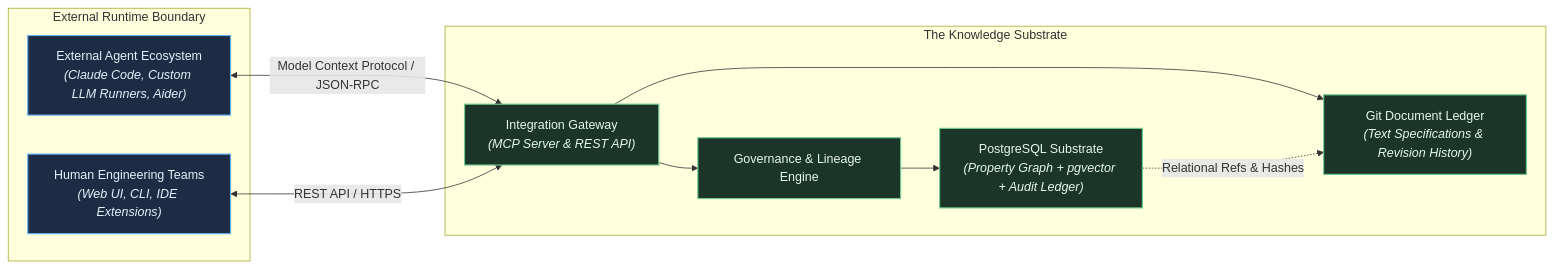
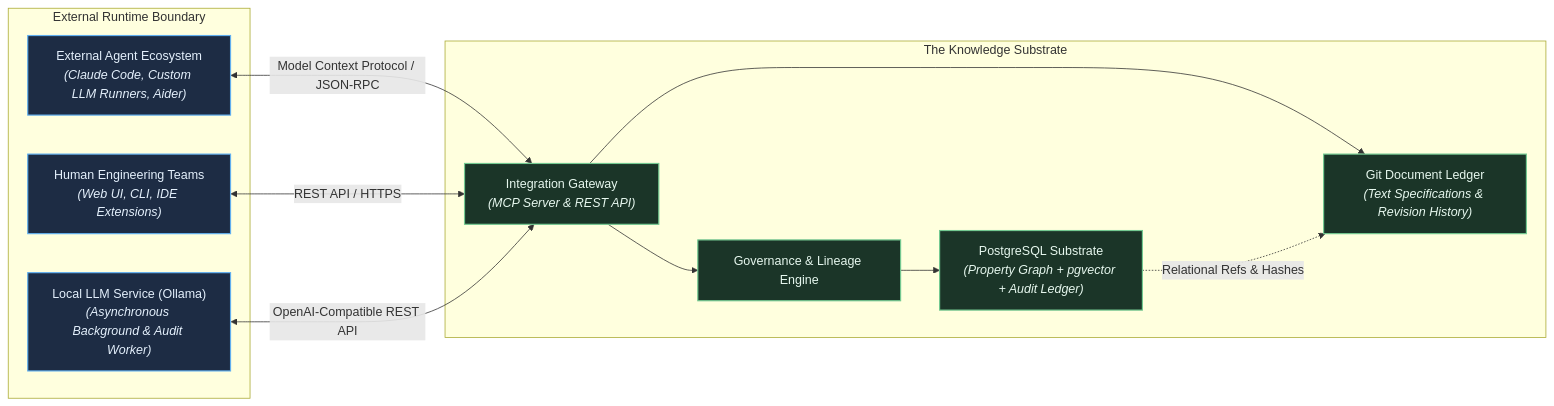
The second of 4 diagrams in docs/vision/vision.md (Shapedsundew9/tks), drawn with Mermaid before and after one commit. The commit also changed other lines of this file and 11 other files, not shown here.

````diff
--- a/docs/vision/vision.md
+++ b/docs/vision/vision.md
@@ -148,52 +179,54 @@
 ```mermaid
 %%{init: {
   'theme': 'base',
   'themeVariables': {
     'darkMode': true,
     'background': '#161922',
     'mainBkg': '#1e2230',
     'nodeBorder': '#434c5e',
     'textColor': '#e2e8f0',
     'fontFamily': 'ui-sans-serif, system-ui, -apple-system, BlinkMacSystemFont, "Segoe UI", Roboto, "Helvetica Neue", Arial, sans-serif',
     'fontSize': '14px',
     'lineColor': '#8892b0',
     'primaryColor': '#422026',
     'primaryTextColor': '#fde8ec',
     'primaryBorderColor': '#e06c75',
     'secondaryColor': '#1b3528',
     'secondaryTextColor': '#e6f7ee',
     'secondaryBorderColor': '#73c991',
     'tertiaryColor': '#1d2c44',
     'tertiaryTextColor': '#e4f0fc',
     'tertiaryBorderColor': '#61afef',
     'clusterBkg': '#13161f',
     'clusterBorder': '#373e51',
     'noteBkgColor': '#2e271a',
     'noteTextColor': '#fdf4db',
     'noteBorderColor': '#e5c07b',
     'edgeLabelBackground': '#1a1d27'
   }
 }}%%
 flowchart LR
     classDef secondary fill:#1b3528,stroke:#73c991,stroke-width:1.5px,color:#e6f7ee;
     classDef tertiary fill:#1d2c44,stroke:#61afef,stroke-width:1.5px,color:#e4f0fc;
 
     subgraph External["External Runtime Boundary"]
         Agents["External Agent Ecosystem<br/><i>(Claude Code, Custom LLM Runners, Aider)</i>"]:::tertiary
         Users["Human Engineering Teams<br/><i>(Web UI, CLI, IDE Extensions)</i>"]:::tertiary
+        LocalLLM["Local LLM Service (Ollama)<br/><i>(Asynchronous Background & Audit Worker)</i>"]:::tertiary
     end
 
     subgraph Substrate["The Knowledge Substrate"]
         Gateway["Integration Gateway<br/><i>(MCP Server & REST API)</i>"]:::secondary
         Governance["Governance & Lineage Engine"]:::secondary
         PostgresStorage["PostgreSQL Substrate<br/><i>(Property Graph + pgvector + Audit Ledger)</i>"]:::secondary
         GitStore["Git Document Ledger<br/><i>(Text Specifications & Revision History)</i>"]:::secondary
 
         Gateway --> Governance --> PostgresStorage
         Gateway --> GitStore
         PostgresStorage -.->|"Relational Refs & Hashes"| GitStore
     end
 
     Agents <-->|"Model Context Protocol / JSON-RPC"| Gateway
     Users <-->|"REST API / HTTPS"| Gateway
+    LocalLLM <-->|"OpenAI-Compatible REST API"| Gateway
 ```
````
